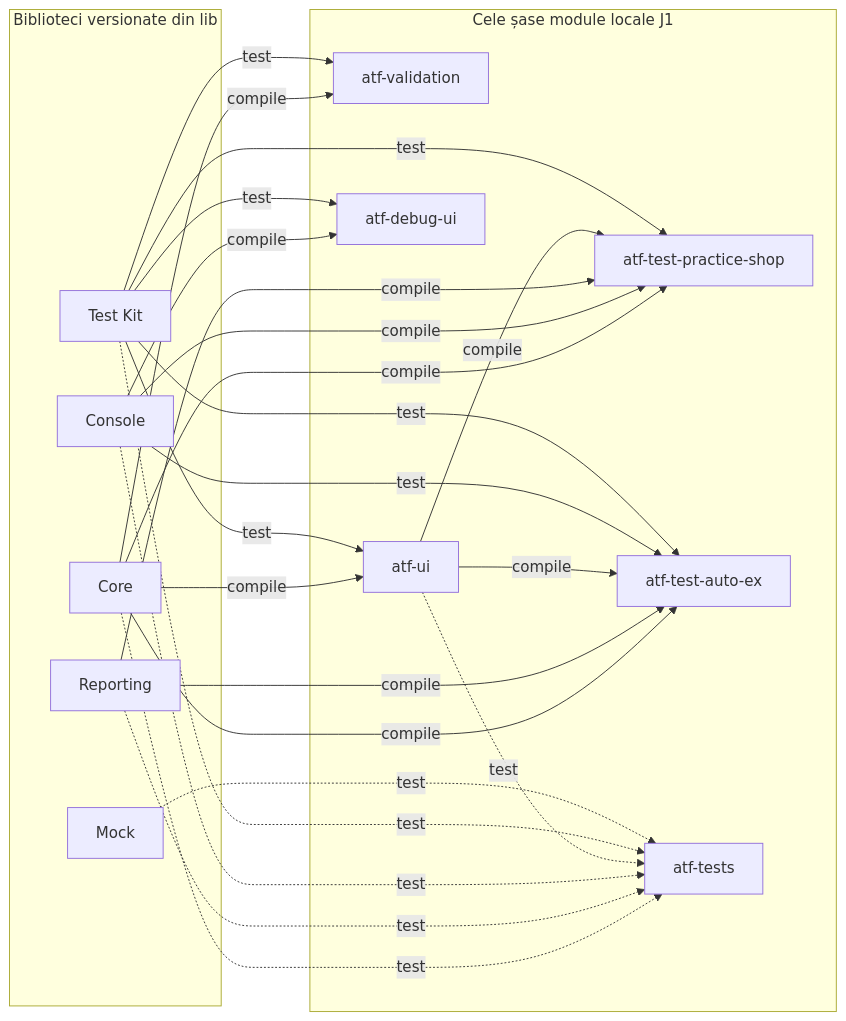
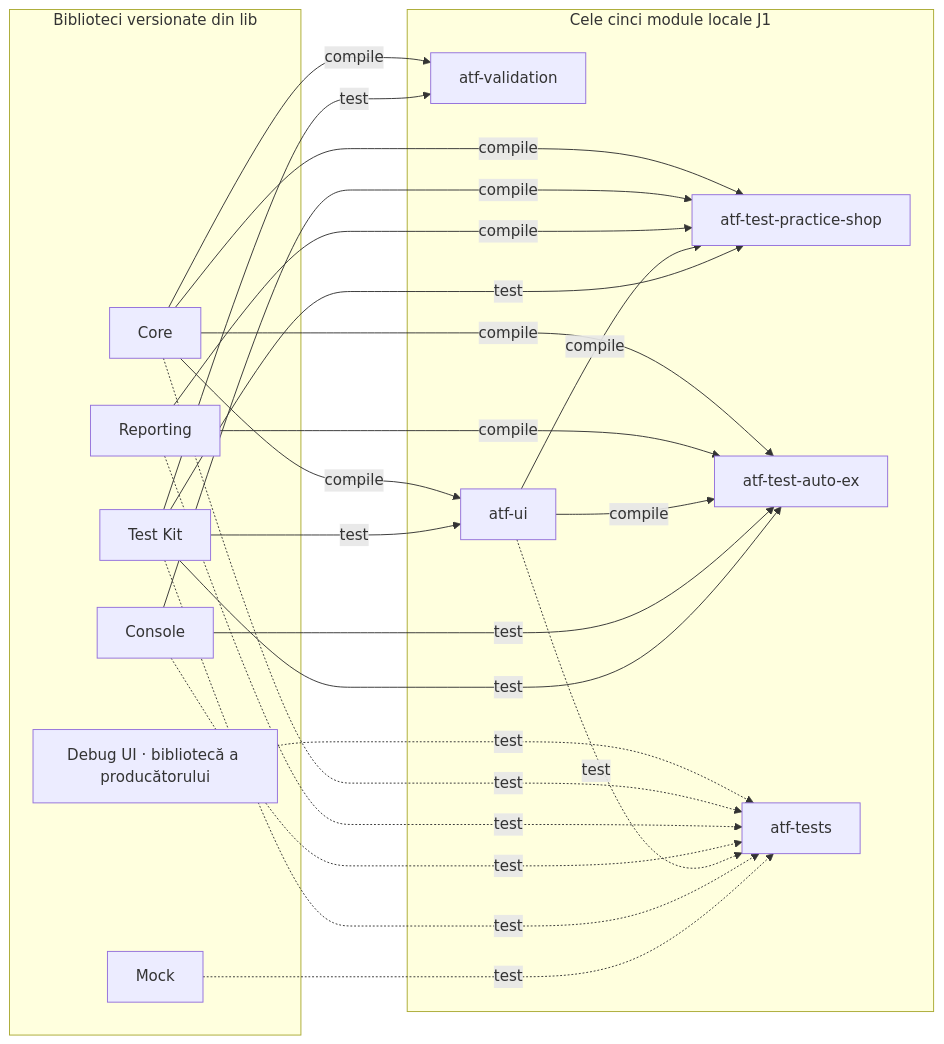
Before and after one commit to crististefanita/atf_j1: the first of 2 diagrams in docs/ATF_Architecture.md, drawn with Mermaid. The commit also changed other lines of this file and 58 other files, not shown here.

Commit message:
Adopt source language governance and Debug UI library

```diff
--- a/docs/ATF_Architecture.md
+++ b/docs/ATF_Architecture.md
@@ -48,42 +49,41 @@
 ~~~mermaid
 flowchart LR
   subgraph Libraries[Biblioteci versionate din lib]
     Core[Core]
     Reporting[Reporting]
     Console[Console]
     Mock[Mock]
     Kit[Test Kit]
+    DebugUI[Debug UI · bibliotecă a producătorului]
   end
 
-  subgraph Reactor[Cele șase module locale J1]
+  subgraph Reactor[Cele cinci module locale J1]
     Validation[atf-validation]
     UI[atf-ui]
-    Debug[atf-debug-ui]
     Shop[atf-test-practice-shop]
     AutoEx[atf-test-auto-ex]
     Governance[atf-tests]
   end
 
   Core -->|compile| Validation
   Kit -->|test| Validation
   Core -->|compile| UI
   Kit -->|test| UI
-  Console -->|compile| Debug
-  Kit -->|test| Debug
+  DebugUI -.->|test| Governance
   Core -->|compile| Shop
   Console -->|compile| Shop
   Reporting -->|compile| Shop
   UI -->|compile| Shop
   Kit -->|test| Shop
   Core -->|compile| AutoEx
   Reporting -->|compile| AutoEx
   UI -->|compile| AutoEx
   Console -->|test| AutoEx
   Kit -->|test| AutoEx
   Core -.->|test| Governance
   Reporting -.->|test| Governance
   Console -.->|test| Governance
   UI -.->|test| Governance
   Kit -.->|test| Governance
   Mock -.->|test| Governance
 ~~~
```
